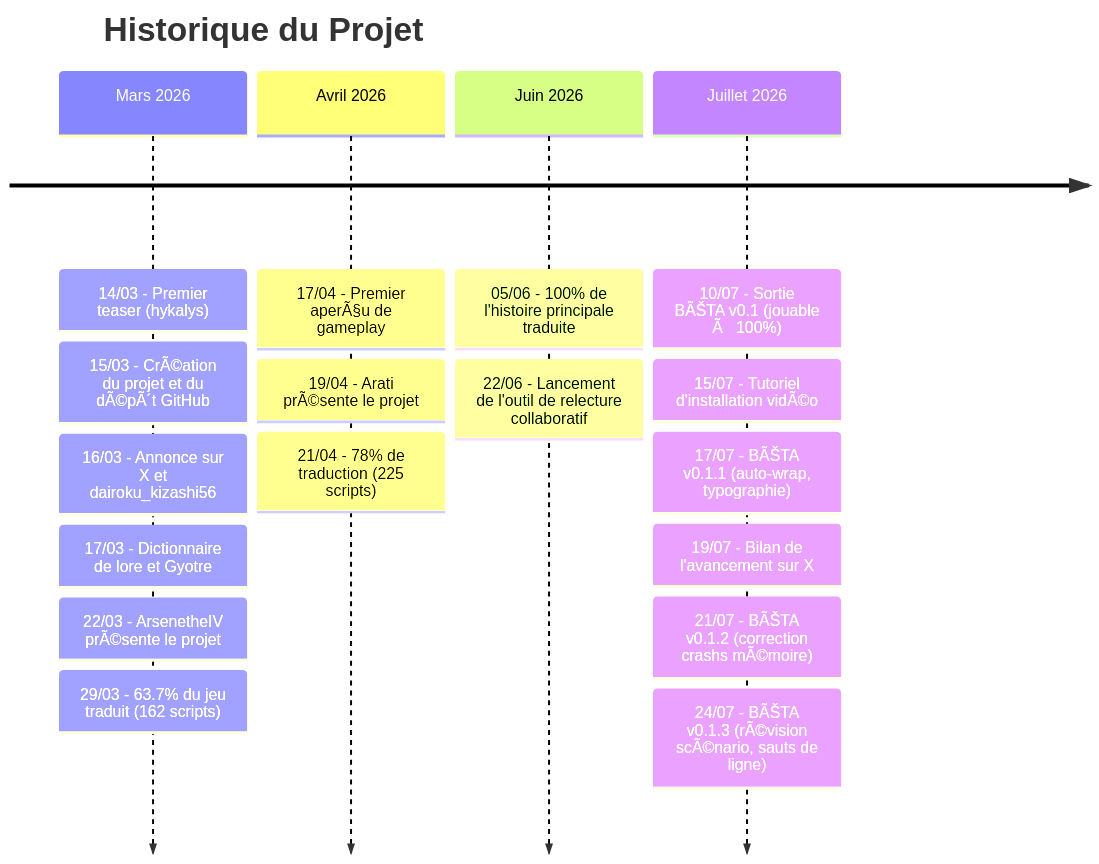
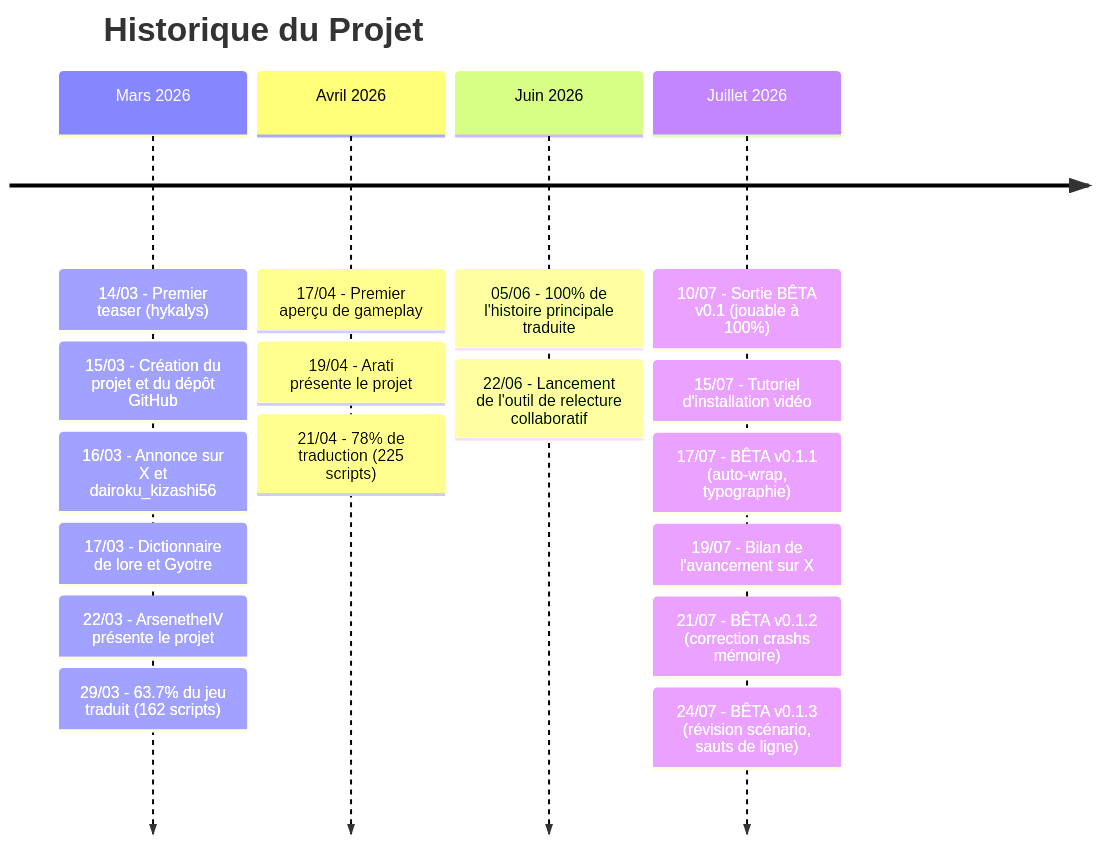
One commit to Grimoire-du-Coeur/P2-IS-FR-PSP changed the diagram in SUIVI.md. Above: the diagram before and after it, drawn with Mermaid. The commit also changed other lines of this file and 5 other files, not shown here.

````diff
--- a/SUIVI.md
+++ b/SUIVI.md
@@ -25,21 +25,21 @@
 ```mermaid
 timeline
     title Historique du Projet
     Mars 2026 : 14/03 - Premier teaser (hykalys)
-              : 15/03 - CrÃ©ation du projet et du dÃ©pÃ´t GitHub
+              : 15/03 - Création du projet et du dépôt GitHub
               : 16/03 - Annonce sur X et dairoku_kizashi56
               : 17/03 - Dictionnaire de lore et Gyotre
-              : 22/03 - ArsenetheIV prÃ©sente le projet
+              : 22/03 - ArsenetheIV présente le projet
               : 29/03 - 63.7% du jeu traduit (162 scripts)
-    Avril 2026 : 17/04 - Premier aperÃ§u de gameplay
-               : 19/04 - Arati prÃ©sente le projet
+    Avril 2026 : 17/04 - Premier aperçu de gameplay
+               : 19/04 - Arati présente le projet
                : 21/04 - 78% de traduction (225 scripts)
     Juin 2026 : 05/06 - 100% de l'histoire principale traduite
               : 22/06 - Lancement de l'outil de relecture collaboratif
-    Juillet 2026 : 10/07 - Sortie BÃŠTA v0.1 (jouable Ã  100%)
-                 : 15/07 - Tutoriel d'installation vidÃ©o
-                 : 17/07 - BÃŠTA v0.1.1 (auto-wrap, typographie)
+    Juillet 2026 : 10/07 - Sortie BÊTA v0.1 (jouable à 100%)
+                 : 15/07 - Tutoriel d'installation vidéo
+                 : 17/07 - BÊTA v0.1.1 (auto-wrap, typographie)
                  : 19/07 - Bilan de l'avancement sur X
-                 : 21/07 - BÃŠTA v0.1.2 (correction crashs mÃ©moire)
-                 : 24/07 - BÃŠTA v0.1.3 (rÃ©vision scÃ©nario, sauts de ligne)
+                 : 21/07 - BÊTA v0.1.2 (correction crashs mémoire)
+                 : 24/07 - BÊTA v0.1.3 (révision scénario, sauts de ligne)
 ```
````
